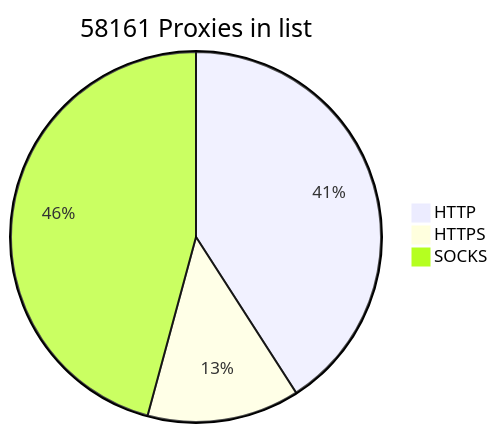
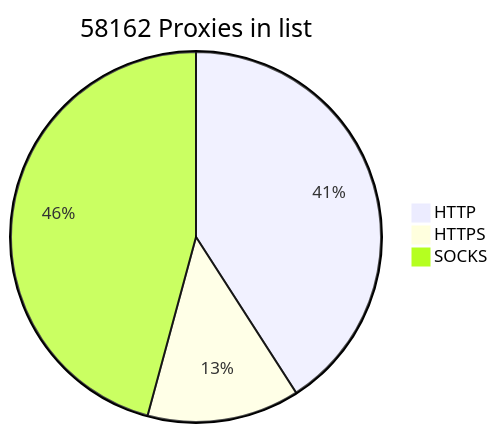
The diagram in README.md (BlackSnowDot/proxylist-update-every-minute), drawn with Mermaid before and after one commit.

````diff
--- a/README.md
+++ b/README.md
@@ -2,6 +2,6 @@
 ```mermaid
-pie title 58161 Proxies in list
+pie title 58162 Proxies in list
     "HTTP" : 26803
-    "HTTPS": 8722
+    "HTTPS": 8723
     "SOCKS" : 30002
 ```
````
